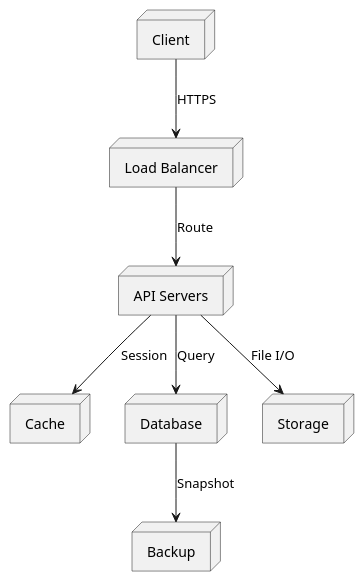
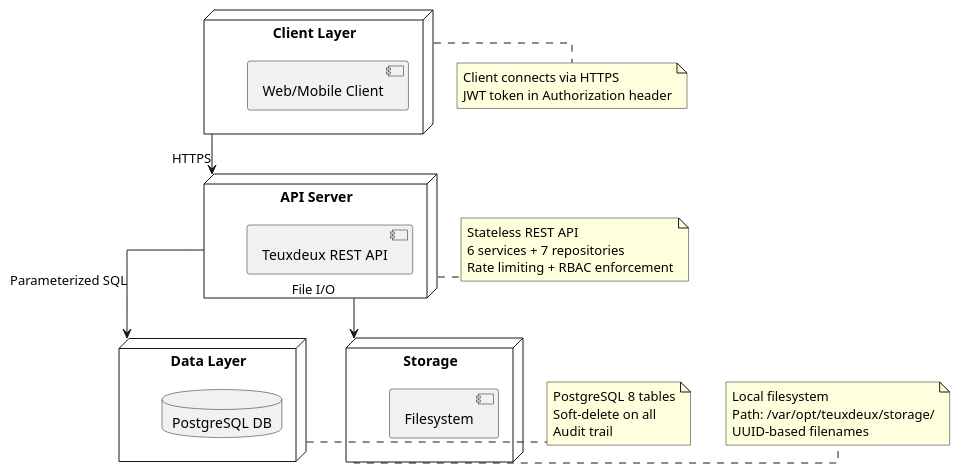
Before and after one commit to mei-desofs/desofs2026-wed_ffs_4: the diagram in Docs/Diagrams/05_DeploymentDiagram.puml, drawn with PlantUML. The commit also changed other lines of this file and 15 other files, not shown here.

Commit message:
Diagrams generation

```diff
--- a/Docs/Diagrams/05_DeploymentDiagram.puml
+++ b/Docs/Diagrams/05_DeploymentDiagram.puml
@@ -1,16 +1,47 @@
 @startuml Teuxdeux_Deployment
-node "Client" as C1
-node "Load Balancer" as LB1
-node "API Servers" as API1
-node "Cache" as Cache1
-node "Database" as DB1
-node "Storage" as FS1
-node "Backup" as BK1
+skinparam linetype ortho
 
-C1 --> LB1: HTTPS
-LB1 --> API1: Route
-API1 --> Cache1: Session
-API1 --> DB1: Query
-API1 --> FS1: File I/O
-DB1 --> BK1: Snapshot
+node "Client Layer" as CL {
+  component "Web/Mobile Client" as Client
+}
+
+node "API Server" as AS {
+  component "Teuxdeux REST API" as API
+}
+
+node "Data Layer" as DL {
+  database "PostgreSQL DB" as DB
+}
+
+node "Storage" as ST {
+  component "Filesystem" as FS
+}
+
+CL --> AS: HTTPS
+AS --> DL: Parameterized SQL
+AS --> ST: File I/O
+
+note right of CL
+  Client connects via HTTPS
+  JWT token in Authorization header
+end note
+
+note right of AS
+  Stateless REST API
+  6 services + 7 repositories
+  Rate limiting + RBAC enforcement
+end note
+
+note right of DL
+  PostgreSQL 8 tables
+  Soft-delete on all
+  Audit trail
+end note
+
+note right of ST
+  Local filesystem
+  Path: /var/opt/teuxdeux/storage/
+  UUID-based filenames
+end note
+
 @enduml
```
